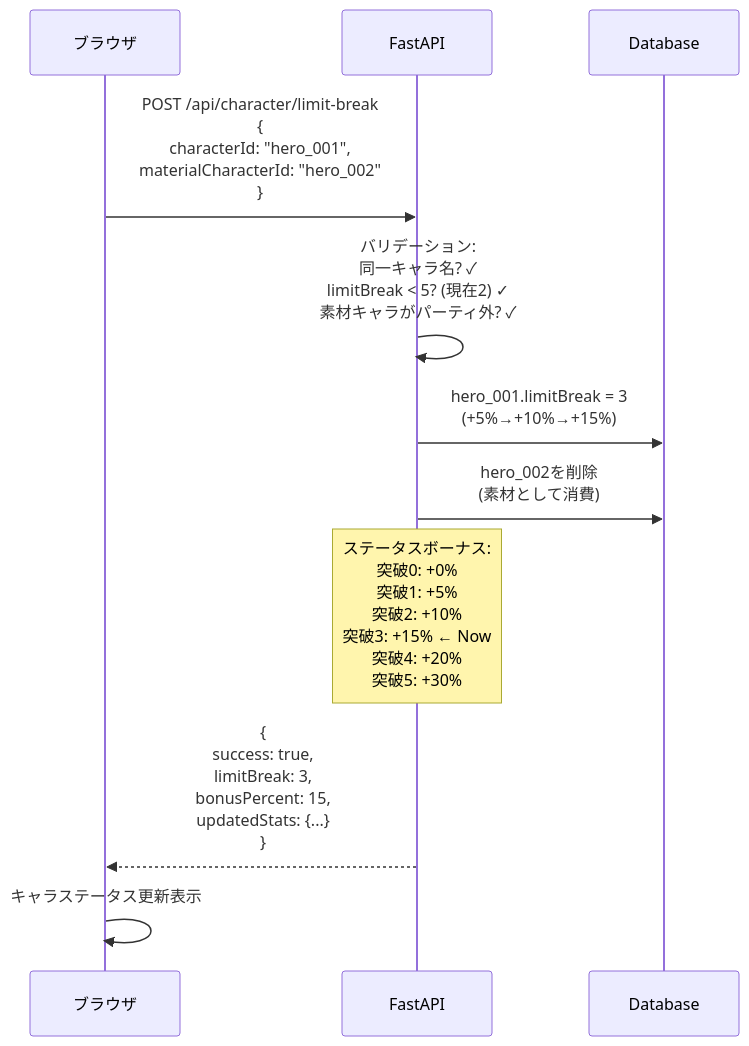
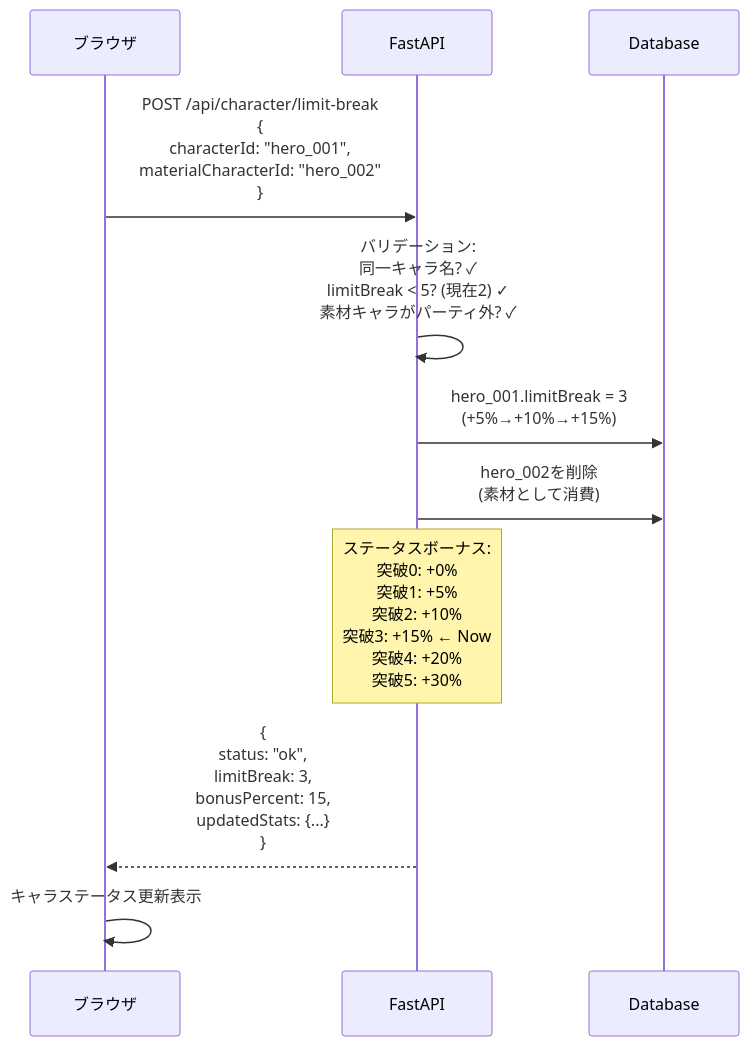
One commit to dateeee/2026_AFKGAME changed the eighth of 14 diagrams in diagrams/api_sequence.md. Above: the diagram before and after it, drawn with Mermaid. The commit also changed other lines of this file and 34 other files, not shown here.

First line of the commit message:
docs+fix: 工程定義に基づく要件〜詳細設計の見直し — 全仕様書・設計図レビューと指摘修正

````diff
--- a/diagrams/api_sequence.md
+++ b/diagrams/api_sequence.md
@@ -288,20 +324,20 @@
 ```mermaid
 %%{init: {'theme': 'default', 'sequence': {'actorFontSize': 18, 'messageFontSize': 16, 'noteFontSize': 14}} }%%
 sequenceDiagram
     participant B as ブラウザ
     participant API as FastAPI
     participant DB as Database
 
     B->>API: POST /api/character/limit-break<br/>{<br/>  characterId: "hero_001",<br/>  materialCharacterId: "hero_002"<br/>}
 
     API->>API: バリデーション:<br/>同一キャラ名? ✓<br/>limitBreak < 5? (現在2) ✓<br/>素材キャラがパーティ外? ✓
 
     API->>DB: hero_001.limitBreak = 3<br/>(+5%→+10%→+15%)
     API->>DB: hero_002を削除<br/>(素材として消費)
 
     Note over API: ステータスボーナス:<br/>突破0: +0%<br/>突破1: +5%<br/>突破2: +10%<br/>突破3: +15% ← Now<br/>突破4: +20%<br/>突破5: +30%
 
-    API-->>B: {<br/>  success: true,<br/>  limitBreak: 3,<br/>  bonusPercent: 15,<br/>  updatedStats: {...}<br/>}
+    API-->>B: {<br/>  status: "ok",<br/>  limitBreak: 3,<br/>  bonusPercent: 15,<br/>  updatedStats: {...}<br/>}
 
     B->>B: キャラステータス更新表示
 ```
````
